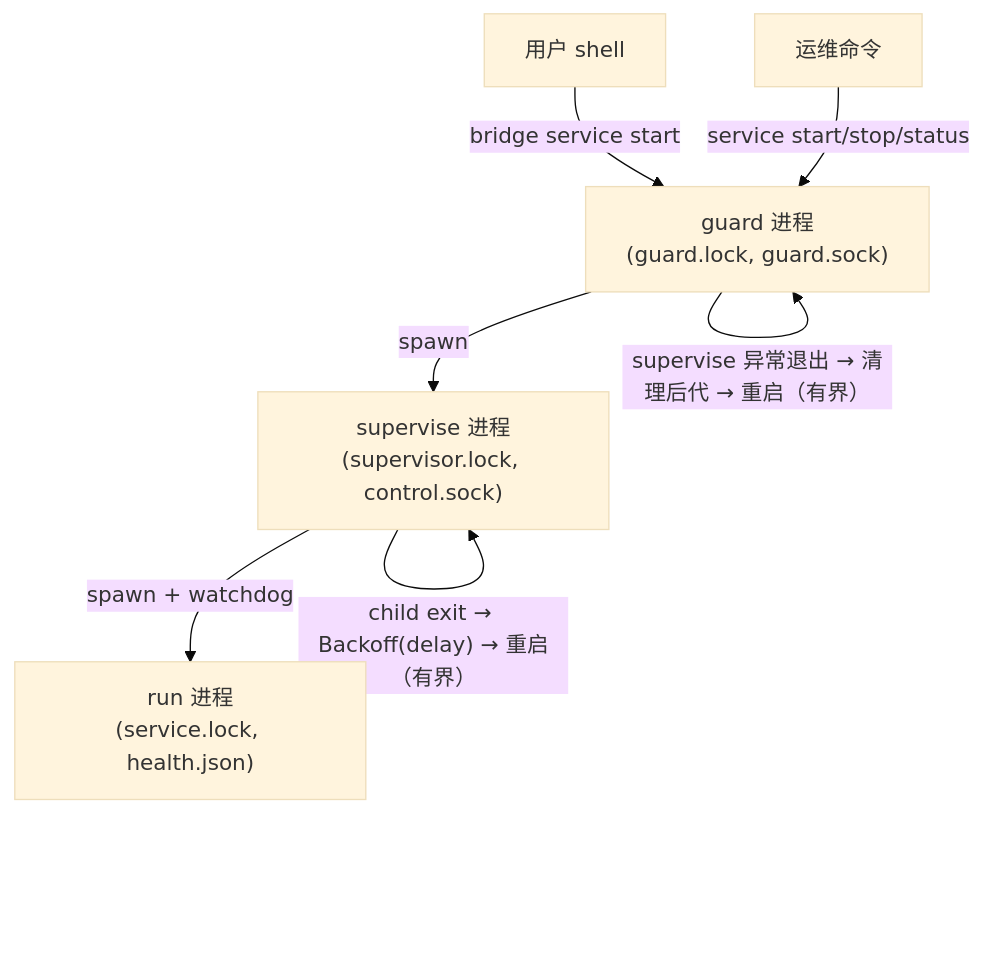
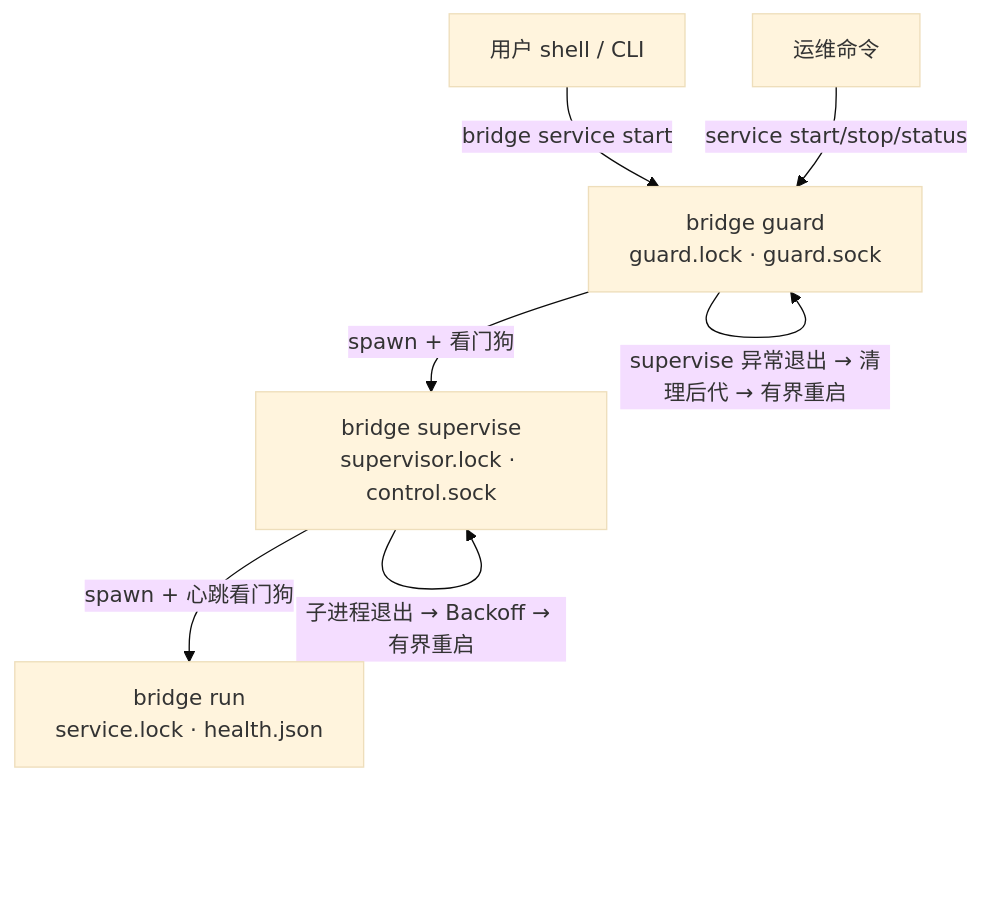
One commit to helloangus/feishu-codex-bridge changed the third of 6 diagrams in docs/architecture.md. Above: the diagram before and after it, drawn with Mermaid (base theme). The commit also changed other lines of this file and 16 other files, not shown here.

````diff
--- a/docs/architecture.md
+++ b/docs/architecture.md
@@ -29,9 +107,9 @@
 ```mermaid
 flowchart TB
-    U1["用户 shell"] -->|bridge service start| G["guard 进程<br/>(guard.lock, guard.sock)"]
-    G -->|spawn| S["supervise 进程<br/>(supervisor.lock, control.sock)"]
-    S -->|spawn + watchdog| R["run 进程<br/>(service.lock, health.json)"]
-    S -->|"child exit → Backoff(delay) → 重启（有界）"| S
-    G -->|"supervise 异常退出 → 清理后代 → 重启（有界）"| G
+    U1["用户 shell / CLI"] -->|"bridge service start"| G["bridge guard<br/>guard.lock · guard.sock"]
+    G -->|spawn + 看门狗| S["bridge supervise<br/>supervisor.lock · control.sock"]
+    S -->|spawn + 心跳看门狗| R["bridge run<br/>service.lock · health.json"]
+    S -->|"子进程退出 → Backoff → 有界重启"| S
+    G -->|"supervise 异常退出 → 清理后代 → 有界重启"| G
     OP["运维命令"] -->|"service start/stop/status"| G
 ```
````
